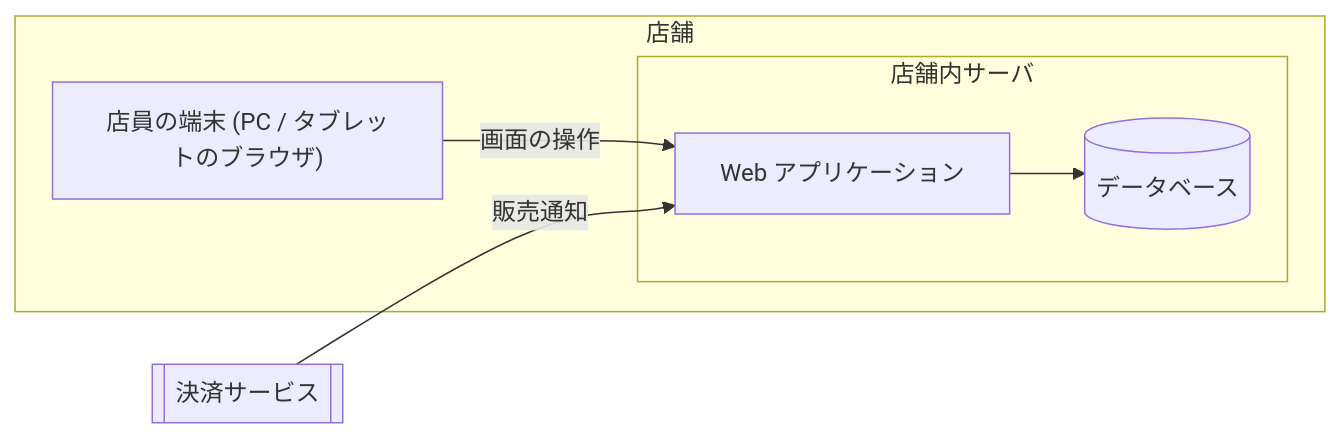
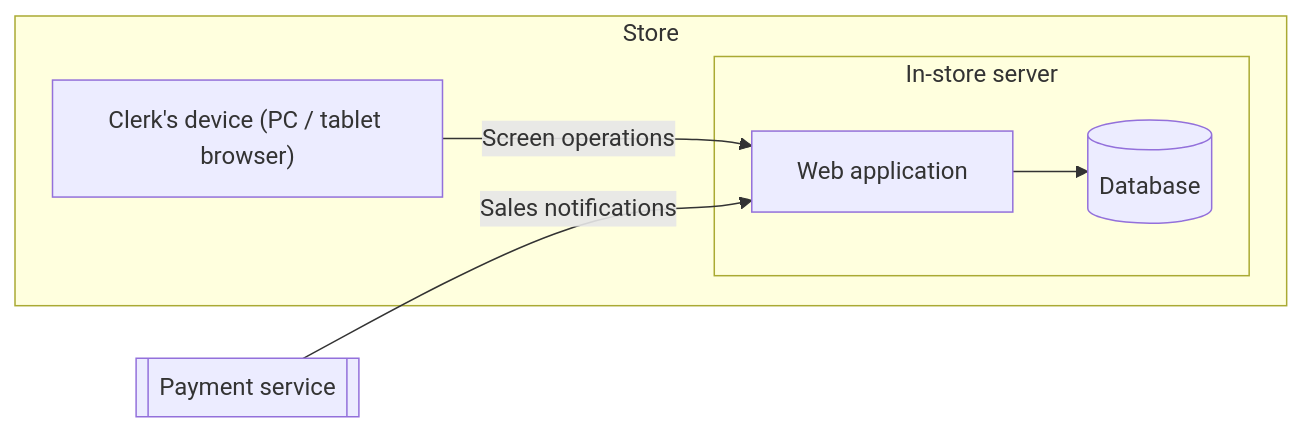
The diagram in showcase/system-dev-docs-en/contents/sdd/architecture.md (watanabe-kf1983/another-mood), drawn with Mermaid before and after one commit. The commit also changed other lines of this file and 9 other files, not shown here.

````diff
--- a/showcase/system-dev-docs-en/contents/sdd/architecture.md
+++ b/showcase/system-dev-docs-en/contents/sdd/architecture.md
@@ -5,14 +5,14 @@
 ```mermaid
 flowchart LR
-  subgraph 店舗["店舗"]
-    端末["店員の端末 (PC / タブレットのブラウザ)"]
-    subgraph サーバ["店舗内サーバ"]
-      アプリ["Web アプリケーション"]
-      DB[("データベース")]
+  subgraph store["Store"]
+    device["Clerk's device (PC / tablet browser)"]
+    subgraph server["In-store server"]
+      app["Web application"]
+      db[("Database")]
     end
   end
-  決済[["決済サービス"]]
-  端末 -- "画面の操作" --> アプリ
-  アプリ --> DB
-  決済 -- "販売通知" --> アプリ
+  payment[["Payment service"]]
+  device -- "Screen operations" --> app
+  app --> db
+  payment -- "Sales notifications" --> app
 ```
````
